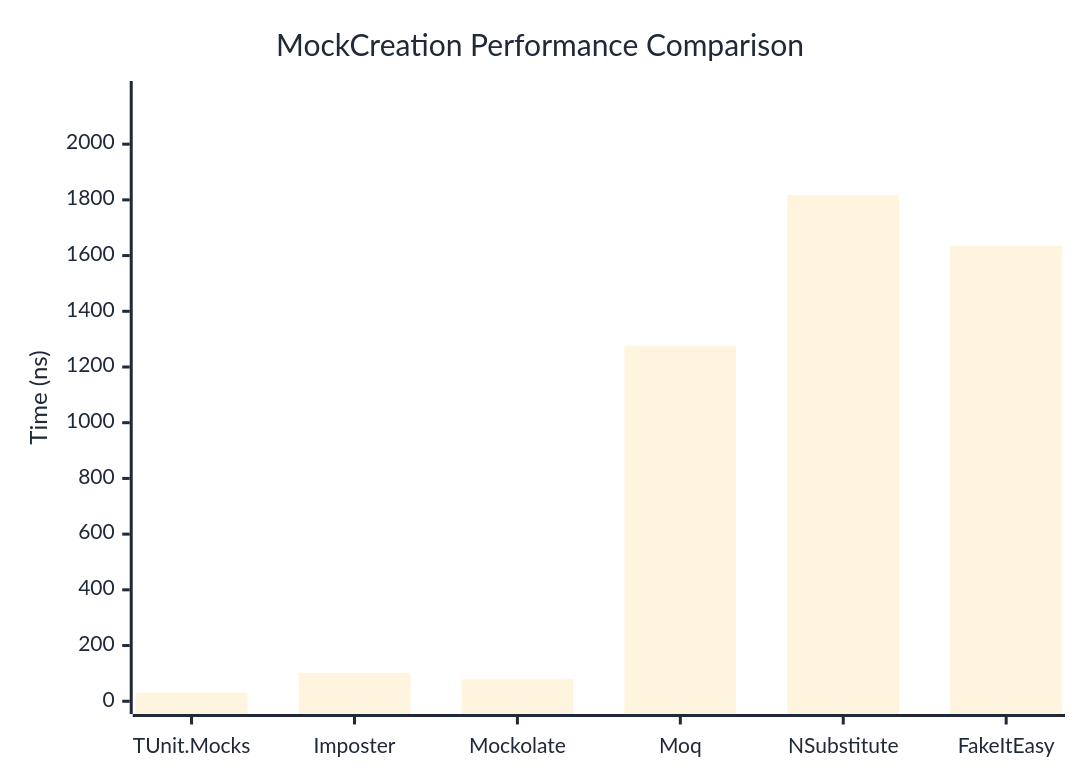
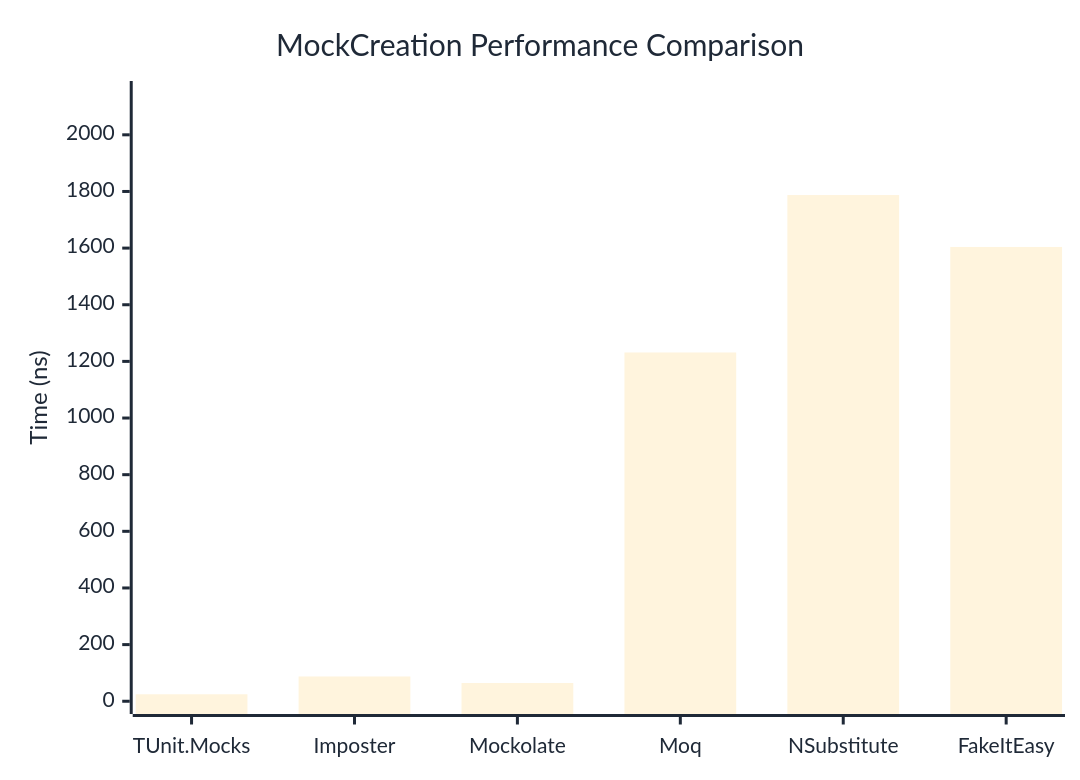
One commit to thomhurst/TUnit changed the first of 2 diagrams in docs/docs/benchmarks/mocks/MockCreation.md. Above: the diagram before and after it, drawn with Mermaid. The commit also changed other lines of this file and 14 other files, not shown here.

````diff
--- a/docs/docs/benchmarks/mocks/MockCreation.md
+++ b/docs/docs/benchmarks/mocks/MockCreation.md
@@ -28,27 +28,27 @@
 ```mermaid
 %%{init: {
   'theme':'base',
   'themeVariables': {
     'primaryColor': '#2563eb',
     'primaryTextColor': '#1f2937',
     'primaryBorderColor': '#1e40af',
     'lineColor': '#6b7280',
     'secondaryColor': '#7c3aed',
     'tertiaryColor': '#dc2626',
     'background': '#ffffff',
     'pie1': '#2563eb',
     'pie2': '#7c3aed',
     'pie3': '#dc2626',
     'pie4': '#f59e0b',
     'pie5': '#10b981',
     'pie6': '#06b6d4',
     'pie7': '#ec4899',
     'pie8': '#6366f1'
   }
 }}%%
 xychart-beta
   title "MockCreation Performance Comparison"
   x-axis ["TUnit.Mocks", "Imposter", "Mockolate", "Moq", "NSubstitute", "FakeItEasy"]
-  y-axis "Time (ns)" 0 --> 2181
-  bar [30.6, 102.23, 78.74, 1276.38, 1816.97, 1635.42]
+  y-axis "Time (ns)" 0 --> 2145
+  bar [24.66, 87.46, 64.43, 1231.44, 1787.35, 1604.05]
 ```
````
